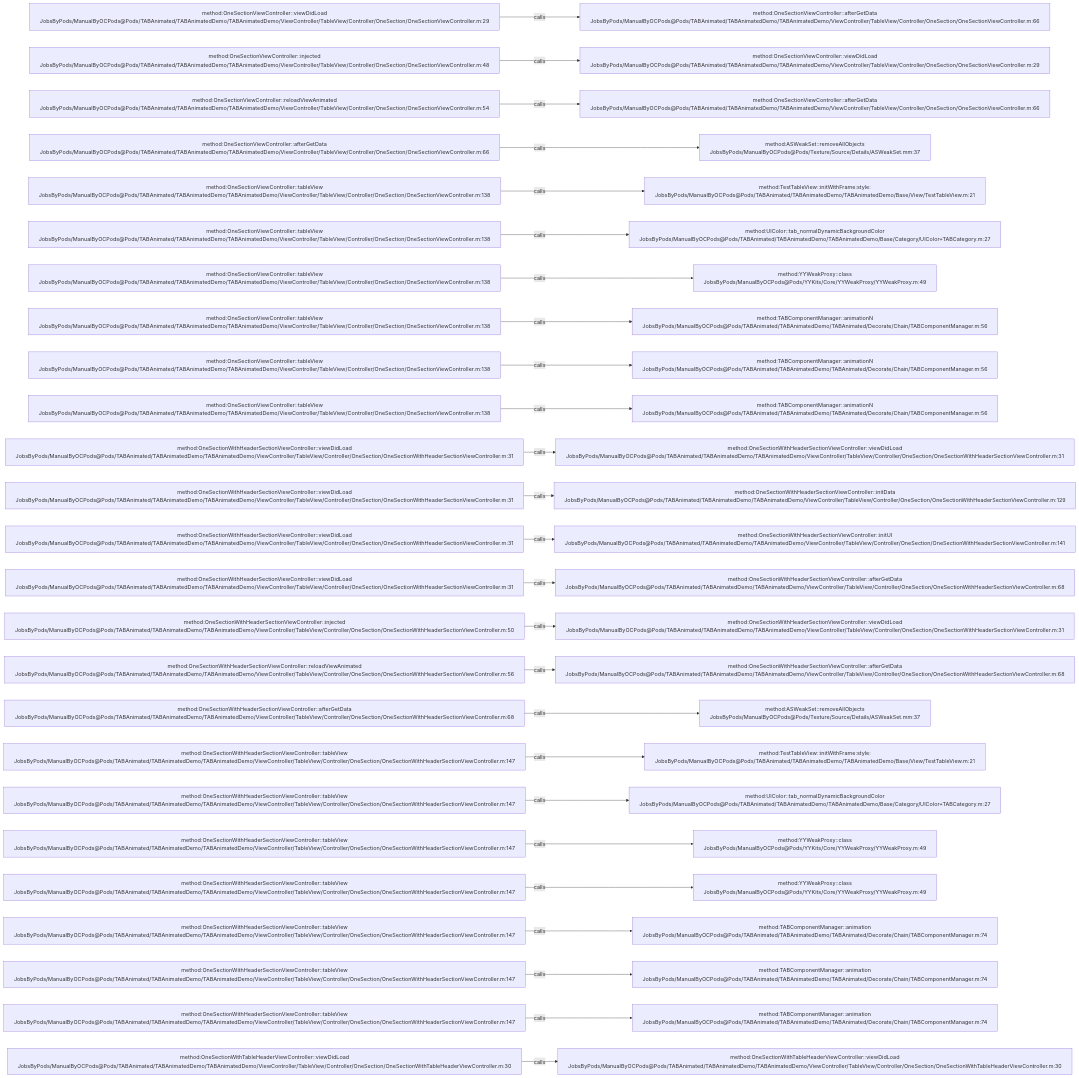
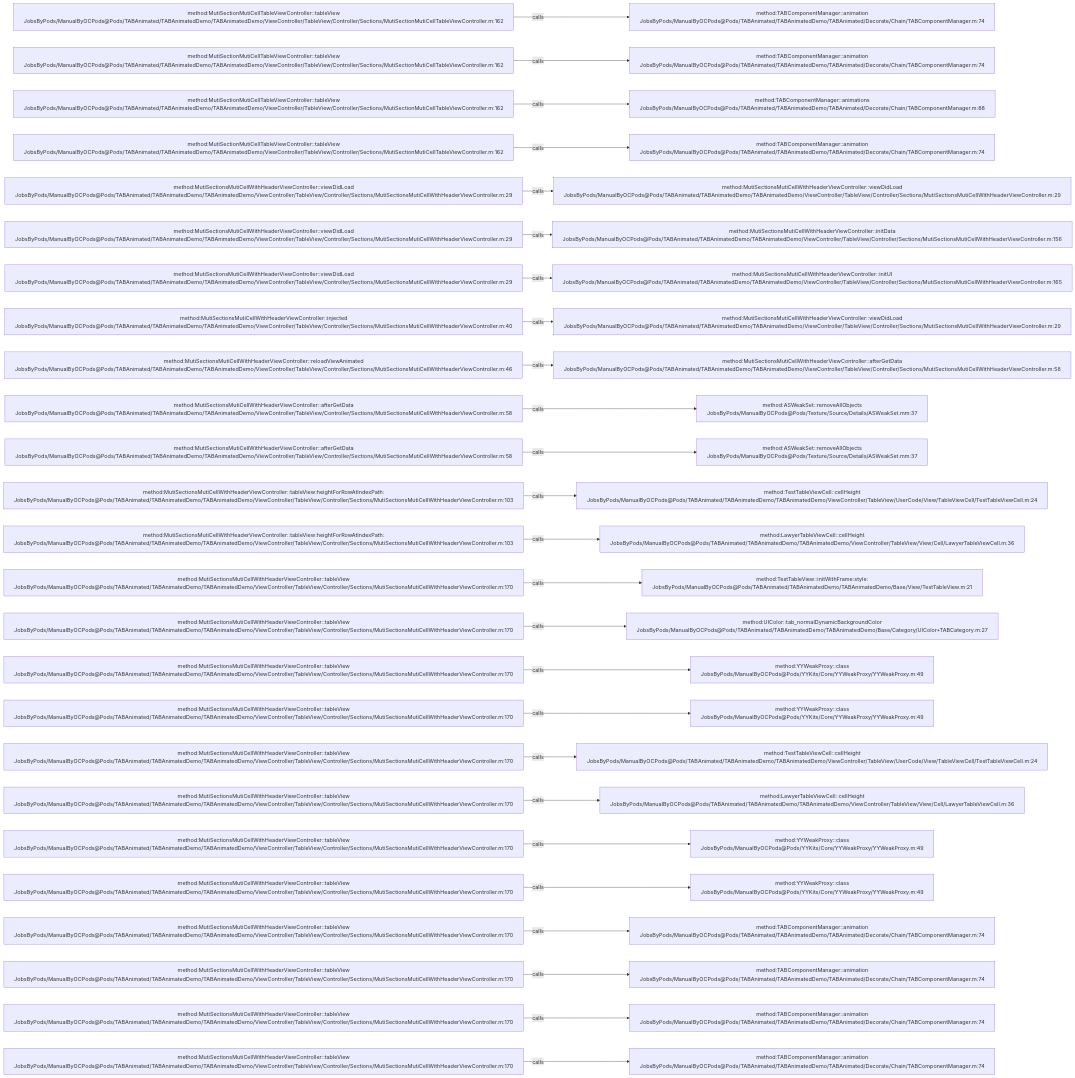
One commit to JobsKits/JobsOCBaseConfigDemo changed the diagram in .codegraph/codegraph.md/graphs/calls-064.md. Above: the diagram before and after it, drawn with Mermaid. The commit also changed 1223 other files, not shown here.

````diff
--- a/.codegraph/codegraph.md/graphs/calls-064.md
+++ b/.codegraph/codegraph.md/graphs/calls-064.md
@@ -13,78 +13,78 @@
 ```mermaid
 flowchart LR
-  S1["method:OneSectionViewController::viewDidLoad<br/>JobsByPods/ManualByOCPods@Pods/TABAnimated/TABAnimatedDemo/TABAnimatedDemo/ViewController/TableView/Controller/OneSection/OneSectionViewController.m:29"]
-  T1["method:OneSectionViewController::afterGetData<br/>JobsByPods/ManualByOCPods@Pods/TABAnimated/TABAnimatedDemo/TABAnimatedDemo/ViewController/TableView/Controller/OneSection/OneSectionViewController.m:66"]
+  S1["method:MutiSectionMutiCellTableViewController::tableView<br/>JobsByPods/ManualByOCPods@Pods/TABAnimated/TABAnimatedDemo/TABAnimatedDemo/ViewController/TableView/Controller/Sections/MutiSectionMutiCellTableViewController.m:162"]
+  T1["method:TABComponentManager::animation<br/>JobsByPods/ManualByOCPods@Pods/TABAnimated/TABAnimatedDemo/TABAnimated/Decorate/Chain/TABComponentManager.m:74"]
   S1 -->|calls| T1
-  S2["method:OneSectionViewController::injected<br/>JobsByPods/ManualByOCPods@Pods/TABAnimated/TABAnimatedDemo/TABAnimatedDemo/ViewController/TableView/Controller/OneSection/OneSectionViewController.m:48"]
-  T2["method:OneSectionViewController::viewDidLoad<br/>JobsByPods/ManualByOCPods@Pods/TABAnimated/TABAnimatedDemo/TABAnimatedDemo/ViewController/TableView/Controller/OneSection/OneSectionViewController.m:29"]
+  S2["method:MutiSectionMutiCellTableViewController::tableView<br/>JobsByPods/ManualByOCPods@Pods/TABAnimated/TABAnimatedDemo/TABAnimatedDemo/ViewController/TableView/Controller/Sections/MutiSectionMutiCellTableViewController.m:162"]
+  T2["method:TABComponentManager::animation<br/>JobsByPods/ManualByOCPods@Pods/TABAnimated/TABAnimatedDemo/TABAnimated/Decorate/Chain/TABComponentManager.m:74"]
   S2 -->|calls| T2
-  S3["method:OneSectionViewController::reloadViewAnimated<br/>JobsByPods/ManualByOCPods@Pods/TABAnimated/TABAnimatedDemo/TABAnimatedDemo/ViewController/TableView/Controller/OneSection/OneSectionViewController.m:54"]
-  T3["method:OneSectionViewController::afterGetData<br/>JobsByPods/ManualByOCPods@Pods/TABAnimated/TABAnimatedDemo/TABAnimatedDemo/ViewController/TableView/Controller/OneSection/OneSectionViewController.m:66"]
+  S3["method:MutiSectionMutiCellTableViewController::tableView<br/>JobsByPods/ManualByOCPods@Pods/TABAnimated/TABAnimatedDemo/TABAnimatedDemo/ViewController/TableView/Controller/Sections/MutiSectionMutiCellTableViewController.m:162"]
+  T3["method:TABComponentManager::animations<br/>JobsByPods/ManualByOCPods@Pods/TABAnimated/TABAnimatedDemo/TABAnimated/Decorate/Chain/TABComponentManager.m:88"]
   S3 -->|calls| T3
-  S4["method:OneSectionViewController::afterGetData<br/>JobsByPods/ManualByOCPods@Pods/TABAnimated/TABAnimatedDemo/TABAnimatedDemo/ViewController/TableView/Controller/OneSection/OneSectionViewController.m:66"]
-  T4["method:ASWeakSet::removeAllObjects<br/>JobsByPods/ManualByOCPods@Pods/Texture/Source/Details/ASWeakSet.mm:37"]
+  S4["method:MutiSectionMutiCellTableViewController::tableView<br/>JobsByPods/ManualByOCPods@Pods/TABAnimated/TABAnimatedDemo/TABAnimatedDemo/ViewController/TableView/Controller/Sections/MutiSectionMutiCellTableViewController.m:162"]
+  T4["method:TABComponentManager::animation<br/>JobsByPods/ManualByOCPods@Pods/TABAnimated/TABAnimatedDemo/TABAnimated/Decorate/Chain/TABComponentManager.m:74"]
   S4 -->|calls| T4
-  S5["method:OneSectionViewController::tableView<br/>JobsByPods/ManualByOCPods@Pods/TABAnimated/TABAnimatedDemo/TABAnimatedDemo/ViewController/TableView/Controller/OneSection/OneSectionViewController.m:138"]
-  T5["method:TestTableView::initWithFrame:style:<br/>JobsByPods/ManualByOCPods@Pods/TABAnimated/TABAnimatedDemo/TABAnimatedDemo/Base/View/TestTableView.m:21"]
+  S5["method:MutiSectionsMutiCellWithHeaderViewController::viewDidLoad<br/>JobsByPods/ManualByOCPods@Pods/TABAnimated/TABAnimatedDemo/TABAnimatedDemo/ViewController/TableView/Controller/Sections/MutiSectionsMutiCellWithHeaderViewController.m:29"]
+  T5["method:MutiSectionsMutiCellWithHeaderViewController::viewDidLoad<br/>JobsByPods/ManualByOCPods@Pods/TABAnimated/TABAnimatedDemo/TABAnimatedDemo/ViewController/TableView/Controller/Sections/MutiSectionsMutiCellWithHeaderViewController.m:29"]
   S5 -->|calls| T5
-  S6["method:OneSectionViewController::tableView<br/>JobsByPods/ManualByOCPods@Pods/TABAnimated/TABAnimatedDemo/TABAnimatedDemo/ViewController/TableView/Controller/OneSection/OneSectionViewController.m:138"]
-  T6["method:UIColor::tab_normalDynamicBackgroundColor<br/>JobsByPods/ManualByOCPods@Pods/TABAnimated/TABAnimatedDemo/TABAnimatedDemo/Base/Category/UIColor+TABCategory.m:27"]
+  S6["method:MutiSectionsMutiCellWithHeaderViewController::viewDidLoad<br/>JobsByPods/ManualByOCPods@Pods/TABAnimated/TABAnimatedDemo/TABAnimatedDemo/ViewController/TableView/Controller/Sections/MutiSectionsMutiCellWithHeaderViewController.m:29"]
+  T6["method:MutiSectionsMutiCellWithHeaderViewController::initData<br/>JobsByPods/ManualByOCPods@Pods/TABAnimated/TABAnimatedDemo/TABAnimatedDemo/ViewController/TableView/Controller/Sections/MutiSectionsMutiCellWithHeaderViewController.m:156"]
   S6 -->|calls| T6
-  S7["method:OneSectionViewController::tableView<br/>JobsByPods/ManualByOCPods@Pods/TABAnimated/TABAnimatedDemo/TABAnimatedDemo/ViewController/TableView/Controller/OneSection/OneSectionViewController.m:138"]
-  T7["method:YYWeakProxy::class<br/>JobsByPods/ManualByOCPods@Pods/YYKits/Core/YYWeakProxy/YYWeakProxy.m:49"]
+  S7["method:MutiSectionsMutiCellWithHeaderViewController::viewDidLoad<br/>JobsByPods/ManualByOCPods@Pods/TABAnimated/TABAnimatedDemo/TABAnimatedDemo/ViewController/TableView/Controller/Sections/MutiSectionsMutiCellWithHeaderViewController.m:29"]
+  T7["method:MutiSectionsMutiCellWithHeaderViewController::initUI<br/>JobsByPods/ManualByOCPods@Pods/TABAnimated/TABAnimatedDemo/TABAnimatedDemo/ViewController/TableView/Controller/Sections/MutiSectionsMutiCellWithHeaderViewController.m:165"]
   S7 -->|calls| T7
-  S8["method:OneSectionViewController::tableView<br/>JobsByPods/ManualByOCPods@Pods/TABAnimated/TABAnimatedDemo/TABAnimatedDemo/ViewController/TableView/Controller/OneSection/OneSectionViewController.m:138"]
-  T8["method:TABComponentManager::animationN<br/>JobsByPods/ManualByOCPods@Pods/TABAnimated/TABAnimatedDemo/TABAnimated/Decorate/Chain/TABComponentManager.m:56"]
+  S8["method:MutiSectionsMutiCellWithHeaderViewController::injected<br/>JobsByPods/ManualByOCPods@Pods/TABAnimated/TABAnimatedDemo/TABAnimatedDemo/ViewController/TableView/Controller/Sections/MutiSectionsMutiCellWithHeaderViewController.m:40"]
+  T8["method:MutiSectionsMutiCellWithHeaderViewController::viewDidLoad<br/>JobsByPods/ManualByOCPods@Pods/TABAnimated/TABAnimatedDemo/TABAnimatedDemo/ViewController/TableView/Controller/Sections/MutiSectionsMutiCellWithHeaderViewController.m:29"]
   S8 -->|calls| T8
-  S9["method:OneSectionViewController::tableView<br/>JobsByPods/ManualByOCPods@Pods/TABAnimated/TABAnimatedDemo/TABAnimatedDemo/ViewController/TableView/Controller/OneSection/OneSectionViewController.m:138"]
-  T9["method:TABComponentManager::animationN<br/>JobsByPods/ManualByOCPods@Pods/TABAnimated/TABAnimatedDemo/TABAnimated/Decorate/Chain/TABComponentManager.m:56"]
+  S9["method:MutiSectionsMutiCellWithHeaderViewController::reloadViewAnimated<br/>JobsByPods/ManualByOCPods@Pods/TABAnimated/TABAnimatedDemo/TABAnimatedDemo/ViewController/TableView/Controller/Sections/MutiSectionsMutiCellWithHeaderViewController.m:46"]
+  T9["method:MutiSectionsMutiCellWithHeaderViewController::afterGetData<br/>JobsByPods/ManualByOCPods@Pods/TABAnimated/TABAnimatedDemo/TABAnimatedDemo/ViewController/TableView/Controller/Sections/MutiSectionsMutiCellWithHeaderViewController.m:58"]
   S9 -->|calls| T9
-  S10["method:OneSectionViewController::tableView<br/>JobsByPods/ManualByOCPods@Pods/TABAnimated/TABAnimatedDemo/TABAnimatedDemo/ViewController/TableView/Controller/OneSection/OneSectionViewController.m:138"]
-  T10["method:TABComponentManager::animationN<br/>JobsByPods/ManualByOCPods@Pods/TABAnimated/TABAnimatedDemo/TABAnimated/Decorate/Chain/TABComponentManager.m:56"]
+  S10["method:MutiSectionsMutiCellWithHeaderViewController::afterGetData<br/>JobsByPods/ManualByOCPods@Pods/TABAnimated/TABAnimatedDemo/TABAnimatedDemo/ViewController/TableView/Controller/Sections/MutiSectionsMutiCellWithHeaderViewController.m:58"]
+  T10["method:ASWeakSet::removeAllObjects<br/>JobsByPods/ManualByOCPods@Pods/Texture/Source/Details/ASWeakSet.mm:37"]
   S10 -->|calls| T10
-  S11["method:OneSectionWithHeaderSectionViewController::viewDidLoad<br/>JobsByPods/ManualByOCPods@Pods/TABAnimated/TABAnimatedDemo/TABAnimatedDemo/ViewController/TableView/Controller/OneSection/OneSectionWithHeaderSectionViewController.m:31"]
-  T11["method:OneSectionWithHeaderSectionViewController::viewDidLoad<br/>JobsByPods/ManualByOCPods@Pods/TABAnimated/TABAnimatedDemo/TABAnimatedDemo/ViewController/TableView/Controller/OneSection/OneSectionWithHeaderSectionViewController.m:31"]
+  S11["method:MutiSectionsMutiCellWithHeaderViewController::afterGetData<br/>JobsByPods/ManualByOCPods@Pods/TABAnimated/TABAnimatedDemo/TABAnimatedDemo/ViewController/TableView/Controller/Sections/MutiSectionsMutiCellWithHeaderViewController.m:58"]
+  T11["method:ASWeakSet::removeAllObjects<br/>JobsByPods/ManualByOCPods@Pods/Texture/Source/Details/ASWeakSet.mm:37"]
   S11 -->|calls| T11
-  S12["method:OneSectionWithHeaderSectionViewController::viewDidLoad<br/>JobsByPods/ManualByOCPods@Pods/TABAnimated/TABAnimatedDemo/TABAnimatedDemo/ViewController/TableView/Controller/OneSection/OneSectionWithHeaderSectionViewController.m:31"]
-  T12["method:OneSectionWithHeaderSectionViewController::initData<br/>JobsByPods/ManualByOCPods@Pods/TABAnimated/TABAnimatedDemo/TABAnimatedDemo/ViewController/TableView/Controller/OneSection/OneSectionWithHeaderSectionViewController.m:129"]
+  S12["method:MutiSectionsMutiCellWithHeaderViewController::tableView:heightForRowAtIndexPath:<br/>JobsByPods/ManualByOCPods@Pods/TABAnimated/TABAnimatedDemo/TABAnimatedDemo/ViewController/TableView/Controller/Sections/MutiSectionsMutiCellWithHeaderViewController.m:103"]
+  T12["method:TestTableViewCell::cellHeight<br/>JobsByPods/ManualByOCPods@Pods/TABAnimated/TABAnimatedDemo/TABAnimatedDemo/ViewController/TableView/UserCode/View/TableViewCell/TestTableViewCell.m:24"]
   S12 -->|calls| T12
-  S13["method:OneSectionWithHeaderSectionViewController::viewDidLoad<br/>JobsByPods/ManualByOCPods@Pods/TABAnimated/TABAnimatedDemo/TABAnimatedDemo/ViewController/TableView/Controller/OneSection/OneSectionWithHeaderSectionViewController.m:31"]
-  T13["method:OneSectionWithHeaderSectionViewController::initUI<br/>JobsByPods/ManualByOCPods@Pods/TABAnimated/TABAnimatedDemo/TABAnimatedDemo/ViewController/TableView/Controller/OneSection/OneSectionWithHeaderSectionViewController.m:141"]
+  S13["method:MutiSectionsMutiCellWithHeaderViewController::tableView:heightForRowAtIndexPath:<br/>JobsByPods/ManualByOCPods@Pods/TABAnimated/TABAnimatedDemo/TABAnimatedDemo/ViewController/TableView/Controller/Sections/MutiSectionsMutiCellWithHeaderViewController.m:103"]
+  T13["method:LawyerTableViewCell::cellHeight<br/>JobsByPods/ManualByOCPods@Pods/TABAnimated/TABAnimatedDemo/TABAnimatedDemo/ViewController/TableView/View/Cell/LawyerTableViewCell.m:36"]
   S13 -->|calls| T13
-  S14["method:OneSectionWithHeaderSectionViewController::viewDidLoad<br/>JobsByPods/ManualByOCPods@Pods/TABAnimated/TABAnimatedDemo/TABAnimatedDemo/ViewController/TableView/Controller/OneSection/OneSectionWithHeaderSectionViewController.m:31"]
-  T14["method:OneSectionWithHeaderSectionViewController::afterGetData<br/>JobsByPods/ManualByOCPods@Pods/TABAnimated/TABAnimatedDemo/TABAnimatedDemo/ViewController/TableView/Controller/OneSection/OneSectionWithHeaderSectionViewController.m:68"]
+  S14["method:MutiSectionsMutiCellWithHeaderViewController::tableView<br/>JobsByPods/ManualByOCPods@Pods/TABAnimated/TABAnimatedDemo/TABAnimatedDemo/ViewController/TableView/Controller/Sections/MutiSectionsMutiCellWithHeaderViewController.m:170"]
+  T14["method:TestTableView::initWithFrame:style:<br/>JobsByPods/ManualByOCPods@Pods/TABAnimated/TABAnimatedDemo/TABAnimatedDemo/Base/View/TestTableView.m:21"]
   S14 -->|calls| T14
-  S15["method:OneSectionWithHeaderSectionViewController::injected<br/>JobsByPods/ManualByOCPods@Pods/TABAnimated/TABAnimatedDemo/TABAnimatedDemo/ViewController/TableView/Controller/OneSection/OneSectionWithHeaderSectionViewController.m:50"]
-  T15["method:OneSectionWithHeaderSectionViewController::viewDidLoad<br/>JobsByPods/ManualByOCPods@Pods/TABAnimated/TABAnimatedDemo/TABAnimatedDemo/ViewController/TableView/Controller/OneSection/OneSectionWithHeaderSectionViewController.m:31"]
+  S15["method:MutiSectionsMutiCellWithHeaderViewController::tableView<br/>JobsByPods/ManualByOCPods@Pods/TABAnimated/TABAnimatedDemo/TABAnimatedDemo/ViewController/TableView/Controller/Sections/MutiSectionsMutiCellWithHeaderViewController.m:170"]
+  T15["method:UIColor::tab_normalDynamicBackgroundColor<br/>JobsByPods/ManualByOCPods@Pods/TABAnimated/TABAnimatedDemo/TABAnimatedDemo/Base/Category/UIColor+TABCategory.m:27"]
   S15 -->|calls| T15
-  S16["method:OneSectionWithHeaderSectionViewController::reloadViewAnimated<br/>JobsByPods/ManualByOCPods@Pods/TABAnimated/TABAnimatedDemo/TABAnimatedDemo/ViewController/TableView/Controller/OneSection/OneSectionWithHeaderSectionViewController.m:56"]
-  T16["method:OneSectionWithHeaderSectionViewController::afterGetData<br/>JobsByPods/ManualByOCPods@Pods/TABAnimated/TABAnimatedDemo/TABAnimatedDemo/ViewController/TableView/Controller/OneSection/OneSectionWithHeaderSectionViewController.m:68"]
+  S16["method:MutiSectionsMutiCellWithHeaderViewController::tableView<br/>JobsByPods/ManualByOCPods@Pods/TABAnimated/TABAnimatedDemo/TABAnimatedDemo/ViewController/TableView/Controller/Sections/MutiSectionsMutiCellWithHeaderViewController.m:170"]
+  T16["method:YYWeakProxy::class<br/>JobsByPods/ManualByOCPods@Pods/YYKits/Core/YYWeakProxy/YYWeakProxy.m:49"]
   S16 -->|calls| T16
-  S17["method:OneSectionWithHeaderSectionViewController::afterGetData<br/>JobsByPods/ManualByOCPods@Pods/TABAnimated/TABAnimatedDemo/TABAnimatedDemo/ViewController/TableView/Controller/OneSection/OneSectionWithHeaderSectionViewController.m:68"]
-  T17["method:ASWeakSet::removeAllObjects<br/>JobsByPods/ManualByOCPods@Pods/Texture/Source/Details/ASWeakSet.mm:37"]
+  S17["method:MutiSectionsMutiCellWithHeaderViewController::tableView<br/>JobsByPods/ManualByOCPods@Pods/TABAnimated/TABAnimatedDemo/TABAnimatedDemo/ViewController/TableView/Controller/Sections/MutiSectionsMutiCellWithHeaderViewController.m:170"]
+  T17["method:YYWeakProxy::class<br/>JobsByPods/ManualByOCPods@Pods/YYKits/Core/YYWeakProxy/YYWeakProxy.m:49"]
   S17 -->|calls| T17
-  S18["method:OneSectionWithHeaderSectionViewController::tableView<br/>JobsByPods/ManualByOCPods@Pods/TABAnimated/TABAnimatedDemo/TABAnimatedDemo/ViewController/TableView/Controller/OneSection/OneSectionWithHeaderSectionViewController.m:147"]
-  T18["method:TestTableView::initWithFrame:style:<br/>JobsByPods/ManualByOCPods@Pods/TABAnimated/TABAnimatedDemo/TABAnimatedDemo/Base/View/TestTableView.m:21"]
+  S18["method:MutiSectionsMutiCellWithHeaderViewController::tableView<br/>JobsByPods/ManualByOCPods@Pods/TABAnimated/TABAnimatedDemo/TABAnimatedDemo/ViewController/TableView/Controller/Sections/MutiSectionsMutiCellWithHeaderViewController.m:170"]
+  T18["method:TestTableViewCell::cellHeight<br/>JobsByPods/ManualByOCPods@Pods/TABAnimated/TABAnimatedDemo/TABAnimatedDemo/ViewController/TableView/UserCode/View/TableViewCell/TestTableViewCell.m:24"]
   S18 -->|calls| T18
-  S19["method:OneSectionWithHeaderSectionViewController::tableView<br/>JobsByPods/ManualByOCPods@Pods/TABAnimated/TABAnimatedDemo/TABAnimatedDemo/ViewController/TableView/Controller/OneSection/OneSectionWithHeaderSectionViewController.m:147"]
-  T19["method:UIColor::tab_normalDynamicBackgroundColor<br/>JobsByPods/ManualByOCPods@Pods/TABAnimated/TABAnimatedDemo/TABAnimatedDemo/Base/Category/UIColor+TABCategory.m:27"]
+  S19["method:MutiSectionsMutiCellWithHeaderViewController::tableView<br/>JobsByPods/ManualByOCPods@Pods/TABAnimated/TABAnimatedDemo/TABAnimatedDemo/ViewController/TableView/Controller/Sections/MutiSectionsMutiCellWithHeaderViewController.m:170"]
+  T19["method:LawyerTableViewCell::cellHeight<br/>JobsByPods/ManualByOCPods@Pods/TABAnimated/TABAnimatedDemo/TABAnimatedDemo/ViewController/TableView/View/Cell/LawyerTableViewCell.m:36"]
   S19 -->|calls| T19
-  S20["method:OneSectionWithHeaderSectionViewController::tableView<br/>JobsByPods/ManualByOCPods@Pods/TABAnimated/TABAnimatedDemo/TABAnimatedDemo/ViewController/TableView/Controller/OneSection/OneSectionWithHeaderSectionViewController.m:147"]
+  S20["method:MutiSectionsMutiCellWithHeaderViewController::tableView<br/>JobsByPods/ManualByOCPods@Pods/TABAnimated/TABAnimatedDemo/TABAnimatedDemo/ViewController/TableView/Controller/Sections/MutiSectionsMutiCellWithHeaderViewController.m:170"]
   T20["method:YYWeakProxy::class<br/>JobsByPods/ManualByOCPods@Pods/YYKits/Core/YYWeakProxy/YYWeakProxy.m:49"]
   S20 -->|calls| T20
-  S21["method:OneSectionWithHeaderSectionViewController::tableView<br/>JobsByPods/ManualByOCPods@Pods/TABAnimated/TABAnimatedDemo/TABAnimatedDemo/ViewController/TableView/Controller/OneSection/OneSectionWithHeaderSectionViewController.m:147"]
+  S21["method:MutiSectionsMutiCellWithHeaderViewController::tableView<br/>JobsByPods/ManualByOCPods@Pods/TABAnimated/TABAnimatedDemo/TABAnimatedDemo/ViewController/TableView/Controller/Sections/MutiSectionsMutiCellWithHeaderViewController.m:170"]
   T21["method:YYWeakProxy::class<br/>JobsByPods/ManualByOCPods@Pods/YYKits/Core/YYWeakProxy/YYWeakProxy.m:49"]
   S21 -->|calls| T21
-  S22["method:OneSectionWithHeaderSectionViewController::tableView<br/>JobsByPods/ManualByOCPods@Pods/TABAnimated/TABAnimatedDemo/TABAnimatedDemo/ViewController/TableView/Controller/OneSection/OneSectionWithHeaderSectionViewController.m:147"]
+  S22["method:MutiSectionsMutiCellWithHeaderViewController::tableView<br/>JobsByPods/ManualByOCPods@Pods/TABAnimated/TABAnimatedDemo/TABAnimatedDemo/ViewController/TableView/Controller/Sections/MutiSectionsMutiCellWithHeaderViewController.m:170"]
   T22["method:TABComponentManager::animation<br/>JobsByPods/ManualByOCPods@Pods/TABAnimated/TABAnimatedDemo/TABAnimated/Decorate/Chain/TABComponentManager.m:74"]
   S22 -->|calls| T22
-  S23["method:OneSectionWithHeaderSectionViewController::tableView<br/>JobsByPods/ManualByOCPods@Pods/TABAnimated/TABAnimatedDemo/TABAnimatedDemo/ViewController/TableView/Controller/OneSection/OneSectionWithHeaderSectionViewController.m:147"]
+  S23["method:MutiSectionsMutiCellWithHeaderViewController::tableView<br/>JobsByPods/ManualByOCPods@Pods/TABAnimated/TABAnimatedDemo/TABAnimatedDemo/ViewController/TableView/Controller/Sections/MutiSectionsMutiCellWithHeaderViewController.m:170"]
   T23["method:TABComponentManager::animation<br/>JobsByPods/ManualByOCPods@Pods/TABAnimated/TABAnimatedDemo/TABAnimated/Decorate/Chain/TABComponentManager.m:74"]
   S23 -->|calls| T23
-  S24["method:OneSectionWithHeaderSectionViewController::tableView<br/>JobsByPods/ManualByOCPods@Pods/TABAnimated/TABAnimatedDemo/TABAnimatedDemo/ViewController/TableView/Controller/OneSection/OneSectionWithHeaderSectionViewController.m:147"]
+  S24["method:MutiSectionsMutiCellWithHeaderViewController::tableView<br/>JobsByPods/ManualByOCPods@Pods/TABAnimated/TABAnimatedDemo/TABAnimatedDemo/ViewController/TableView/Controller/Sections/MutiSectionsMutiCellWithHeaderViewController.m:170"]
   T24["method:TABComponentManager::animation<br/>JobsByPods/ManualByOCPods@Pods/TABAnimated/TABAnimatedDemo/TABAnimated/Decorate/Chain/TABComponentManager.m:74"]
   S24 -->|calls| T24
-  S25["method:OneSectionWithTableHeaderViewController::viewDidLoad<br/>JobsByPods/ManualByOCPods@Pods/TABAnimated/TABAnimatedDemo/TABAnimatedDemo/ViewController/TableView/Controller/OneSection/OneSectionWithTableHeaderViewController.m:30"]
-  T25["method:OneSectionWithTableHeaderViewController::viewDidLoad<br/>JobsByPods/ManualByOCPods@Pods/TABAnimated/TABAnimatedDemo/TABAnimatedDemo/ViewController/TableView/Controller/OneSection/OneSectionWithTableHeaderViewController.m:30"]
+  S25["method:MutiSectionsMutiCellWithHeaderViewController::tableView<br/>JobsByPods/ManualByOCPods@Pods/TABAnimated/TABAnimatedDemo/TABAnimatedDemo/ViewController/TableView/Controller/Sections/MutiSectionsMutiCellWithHeaderViewController.m:170"]
+  T25["method:TABComponentManager::animation<br/>JobsByPods/ManualByOCPods@Pods/TABAnimated/TABAnimatedDemo/TABAnimated/Decorate/Chain/TABComponentManager.m:74"]
   S25 -->|calls| T25
 ```
````
